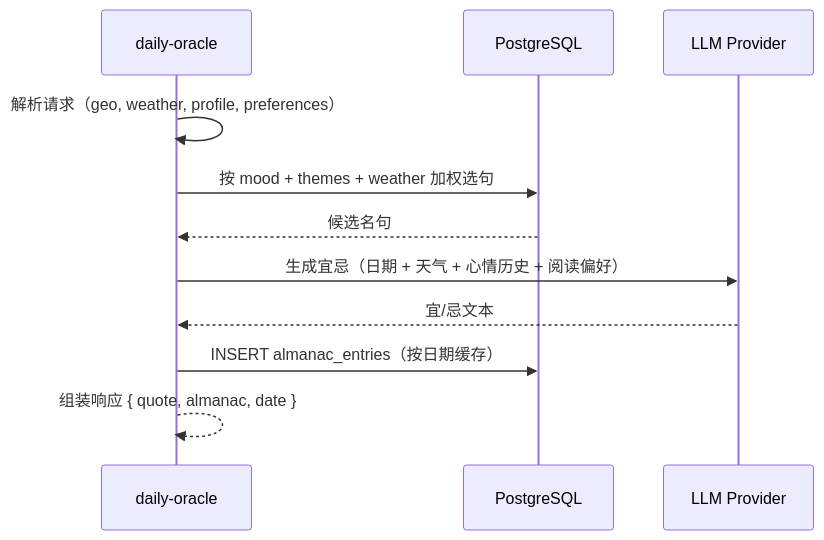
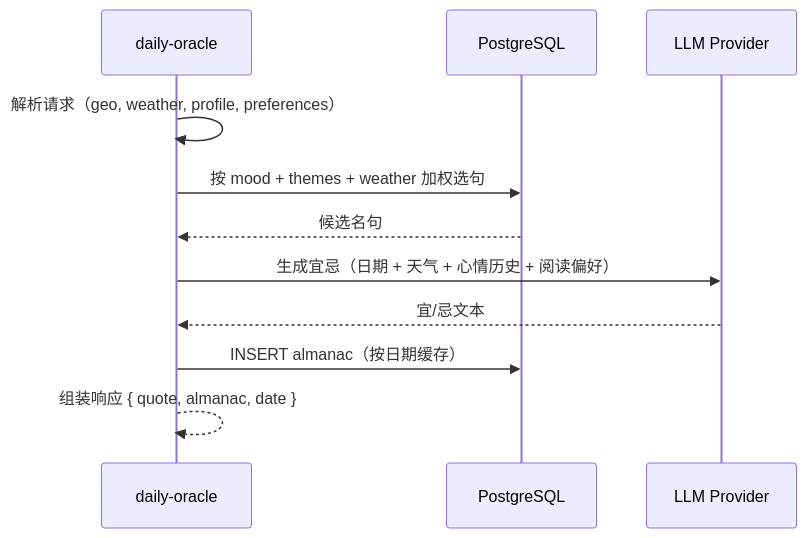
One commit to EvilIrving/daily-oracle changed the third of 3 diagrams in docs/architecture.md. Above: the diagram before and after it, drawn with Mermaid. The commit also changed other lines of this file and 23 other files, not shown here.

````diff
--- a/docs/architecture.md
+++ b/docs/architecture.md
@@ -584,14 +620,14 @@
 ```mermaid
 sequenceDiagram
     participant Edge as daily-oracle
     participant DB as PostgreSQL
     participant LLM as LLM Provider
 
     Edge->>Edge: 解析请求（geo, weather, profile, preferences）
     Edge->>DB: 按 mood + themes + weather 加权选句
     DB-->>Edge: 候选名句
     Edge->>LLM: 生成宜忌（日期 + 天气 + 心情历史 + 阅读偏好）
     LLM-->>Edge: 宜/忌文本
-    Edge->>DB: INSERT almanac_entries（按日期缓存）
+    Edge->>DB: INSERT almanac（按日期缓存）
     Edge-->>Edge: 组装响应 { quote, almanac, date }
 ```
````
